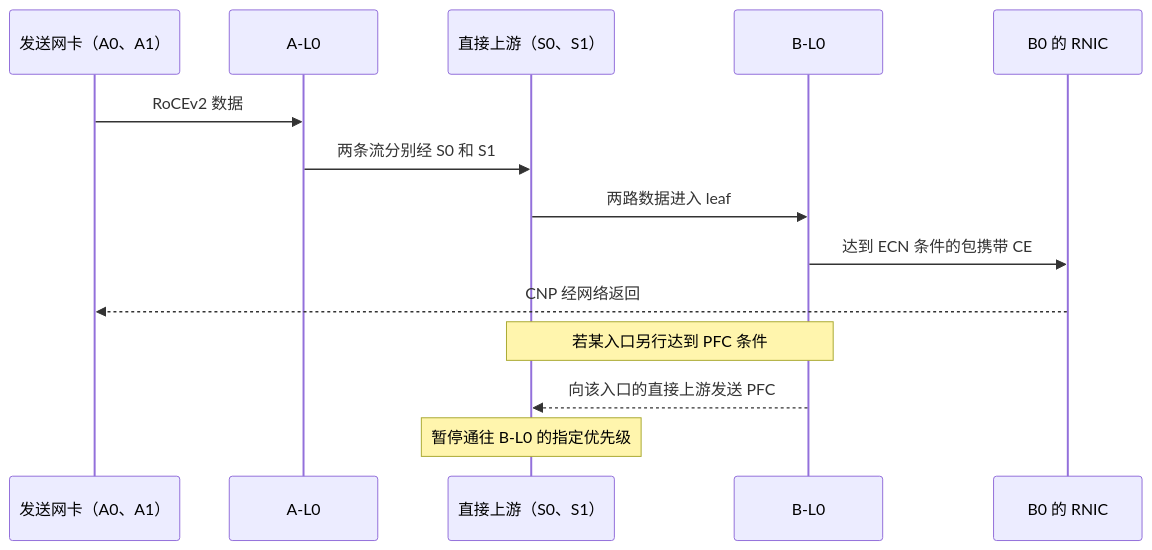
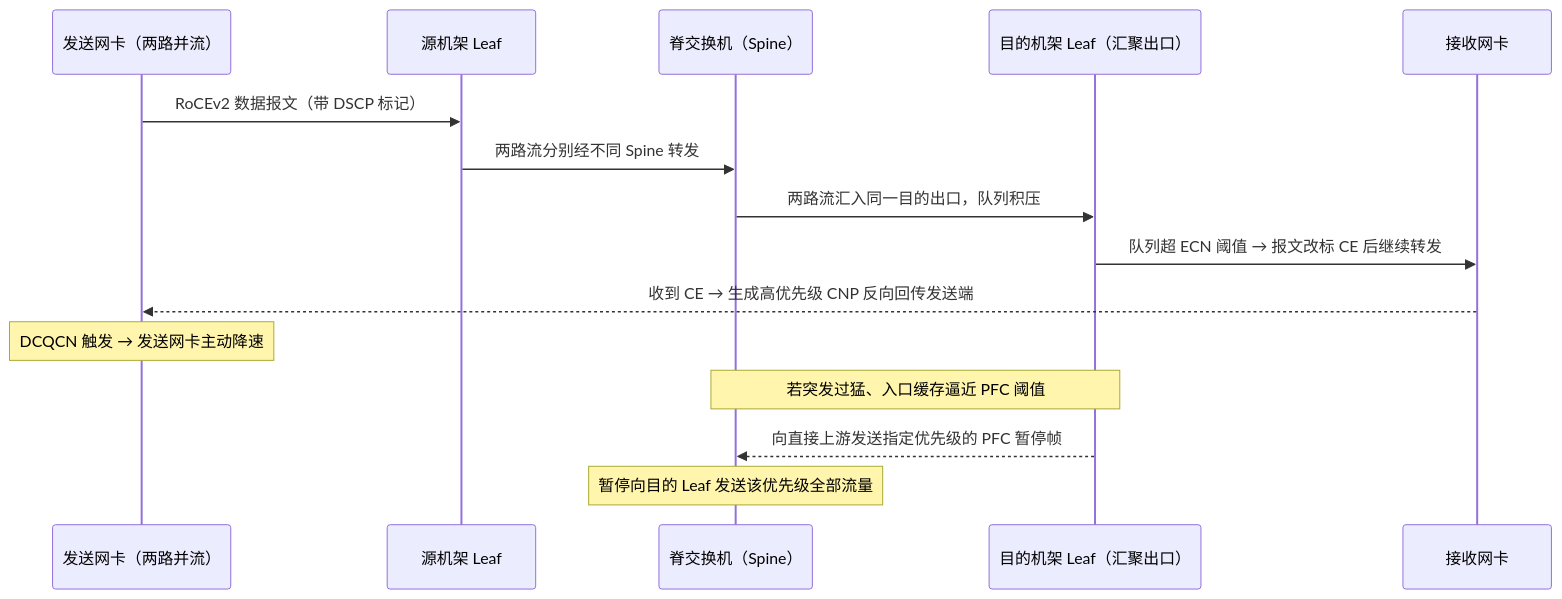
One commit to realtyz/ops-manual changed the diagram in AI-Infra/07_InfiniBand、RoCE与集群网络拓扑/07_RoCEv2 队列、ECN 与 PFC 的拥塞反馈.md. Above: the diagram before and after it, drawn with Mermaid. The commit also changed other lines of this file and 194 other files, not shown here.

````diff
--- a/AI-Infra/07_InfiniBand、RoCE与集群网络拓扑/07_RoCEv2 队列、ECN 与 PFC 的拥塞反馈.md
+++ b/AI-Infra/07_InfiniBand、RoCE与集群网络拓扑/07_RoCEv2 队列、ECN 与 PFC 的拥塞反馈.md
@@ -26,16 +47,18 @@
 ```mermaid
 sequenceDiagram
-    participant A as 发送网卡（A0、A1）
-    participant X as A-L0
-    participant U as 直接上游（S0、S1）
-    participant L as B-L0
-    participant B as B0 的 RNIC
-    A->>X: RoCEv2 数据
-    X->>U: 两条流分别经 S0 和 S1
-    U->>L: 两路数据进入 leaf
-    L->>B: 达到 ECN 条件的包携带 CE
-    B-->>A: CNP 经网络返回
-    Note over U,L: 若某入口另行达到 PFC 条件
-    L-->>U: 向该入口的直接上游发送 PFC
-    Note over U: 暂停通往 B-L0 的指定优先级
+    accDescr: 展示两路 RoCEv2 数据经源 Leaf 与脊交换机汇入目的 Leaf 后，CE 标记前向传递、CNP 端到端返回发送网卡，以及 PFC 在相邻设备间逐跳反向暂停的完整方向。
+    participant TX as 发送网卡（两路并流）
+    participant SL as 源机架 Leaf
+    participant SP as 脊交换机（Spine）
+    participant DL as 目的机架 Leaf（汇聚出口）
+    participant RX as 接收网卡
+    TX->>SL: RoCEv2 数据报文（带 DSCP 标记）
+    SL->>SP: 两路流分别经不同 Spine 转发
+    SP->>DL: 两路流汇入同一目的出口，队列积压
+    DL->>RX: 队列超 ECN 阈值 → 报文改标 CE 后继续转发
+    RX-->>TX: 收到 CE → 生成高优先级 CNP 反向回传发送端
+    Note over TX: DCQCN 触发 → 发送网卡主动降速
+    Note over SP,DL: 若突发过猛、入口缓存逼近 PFC 阈值
+    DL-->>SP: 向直接上游发送指定优先级的 PFC 暂停帧
+    Note over SP: 暂停向目的 Leaf 发送该优先级全部流量
 ```
````
